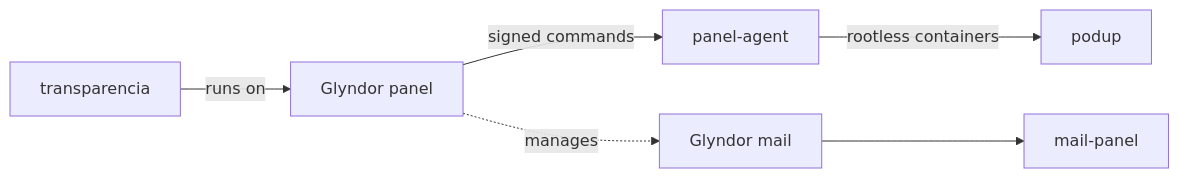
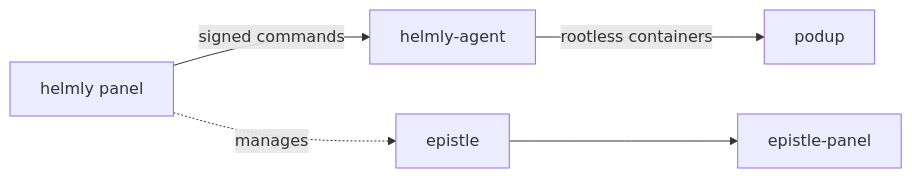
The diagram in profile/README.md (Glyndor/.github), drawn with Mermaid before and after one commit. The commit also changed other lines of this file, not shown here.

````diff
--- a/profile/README.md
+++ b/profile/README.md
@@ -40,8 +139,7 @@
 ```mermaid
 flowchart LR
-  panel["Glyndor panel"] -->|signed commands| agent["panel-agent"]
+  helmly["helmly panel"] -->|signed commands| agent["helmly-agent"]
   agent -->|rootless containers| podup["podup"]
-  panel -. manages .-> mail["Glyndor mail"]
-  mail --> mp["mail-panel"]
-  tp["transparencia"] -->|runs on| panel
+  helmly -. manages .-> epistle["epistle"]
+  epistle --> ep["epistle-panel"]
 ```
````
